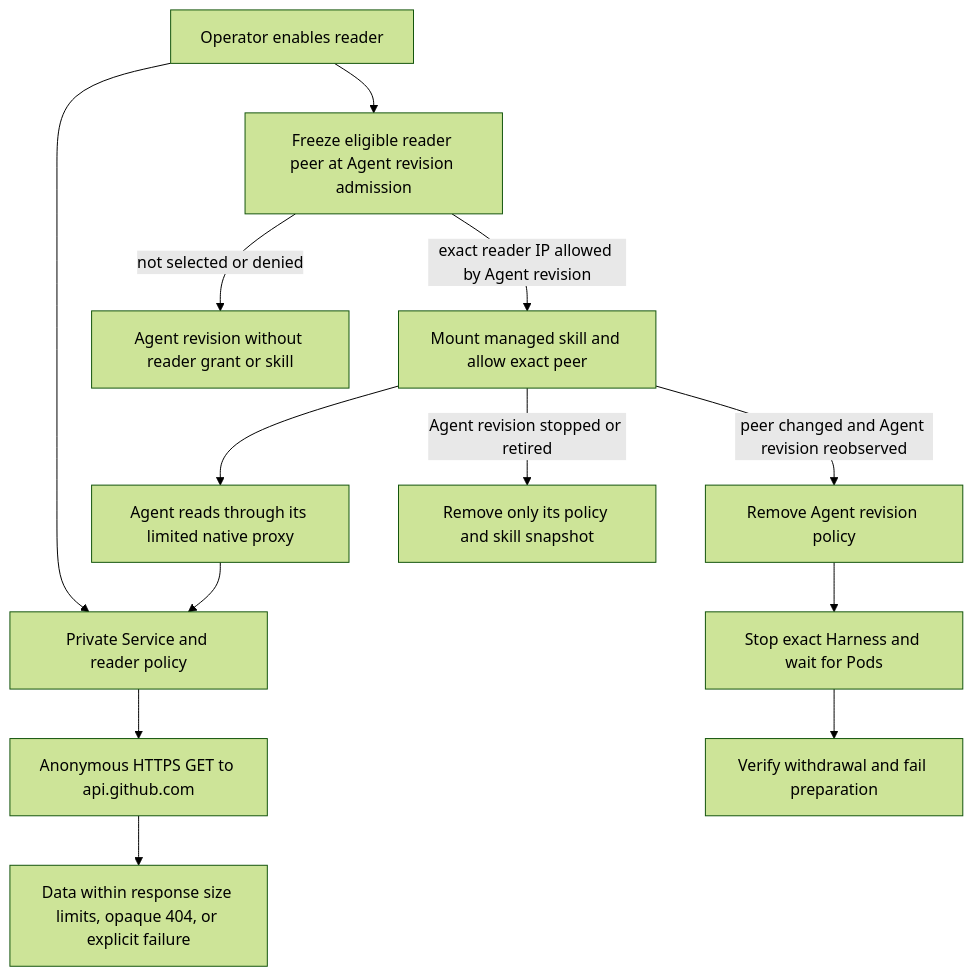
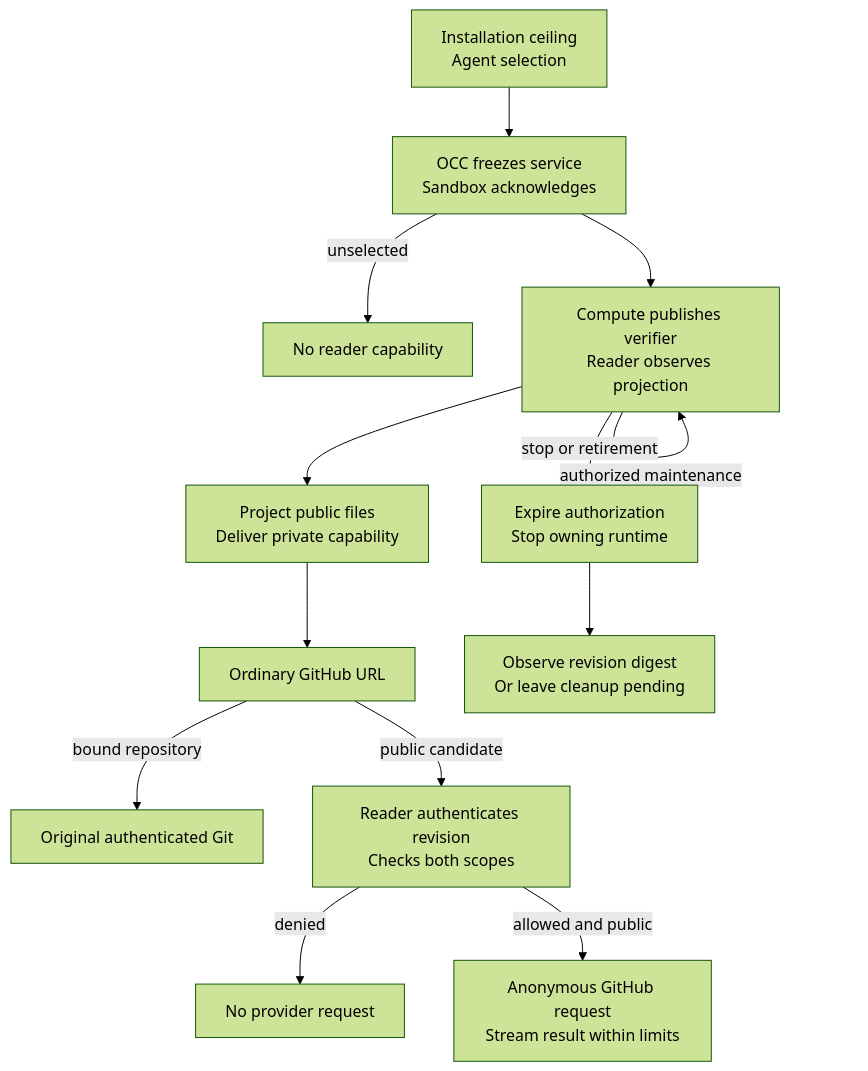
The diagram in docs/flows/public-github-reads.md (openclaw/openclaw-enterprise), drawn with Mermaid (forest theme) before and after one commit. The commit also changed other lines of this file and 35 other files, not shown here.

Commit message:
Manage scoped public Git authorization through Agent lifecycle

````diff
--- a/docs/flows/public-github-reads.md
+++ b/docs/flows/public-github-reads.md
@@ -23,15 +26,15 @@
 ```mermaid
 graph TD
-  Profile["Operator enables reader"] --> Service["Private Service and reader policy"]
-  Profile --> Compute["Freeze eligible reader peer at Agent revision admission"]
-  Compute -->|not selected or denied| Ordinary["Agent revision without reader grant or skill"]
-  Compute -->|exact reader IP allowed by Agent revision| Revision["Mount managed skill and allow exact peer"]
-  Revision --> Proxy["Agent reads through its limited native proxy"]
-  Proxy --> Service
-  Service --> Github["Anonymous HTTPS GET to api.github.com"]
-  Github --> Result["Data within response size limits, opaque 404, or explicit failure"]
-  Revision -->|Agent revision stopped or retired| Retire["Remove only its policy and skill snapshot"]
-  Revision -->|peer changed and Agent revision reobserved| Narrow["Remove Agent revision policy"]
-  Narrow --> Stop["Stop exact Harness and wait for Pods"]
-  Stop --> Withdraw["Verify withdrawal and fail preparation"]
+  Selection["Installation ceiling<br/>Agent selection"] --> Admission["OCC freezes service<br/>Sandbox acknowledges"]
+  Admission -->|unselected| Deny["No reader capability"]
+  Admission --> Lease["Compute publishes verifier<br/>Reader observes projection"]
+  Lease --> Runtime["Project public files<br/>Deliver private capability"]
+  Runtime --> Git["Ordinary GitHub URL"]
+  Git -->|bound repository| Protected["Original authenticated Git"]
+  Git -->|public candidate| Reader["Reader authenticates revision<br/>Checks both scopes"]
+  Reader -->|denied| Failure["No provider request"]
+  Reader -->|allowed and public| Github["Anonymous GitHub request<br/>Stream result within limits"]
+  Lease -->|authorized maintenance| Lease
+  Lease -->|stop or retirement| Withdraw["Expire authorization<br/>Stop owning runtime"]
+  Withdraw --> Ack["Observe revision digest<br/>Or leave cleanup pending"]
 ```
````
